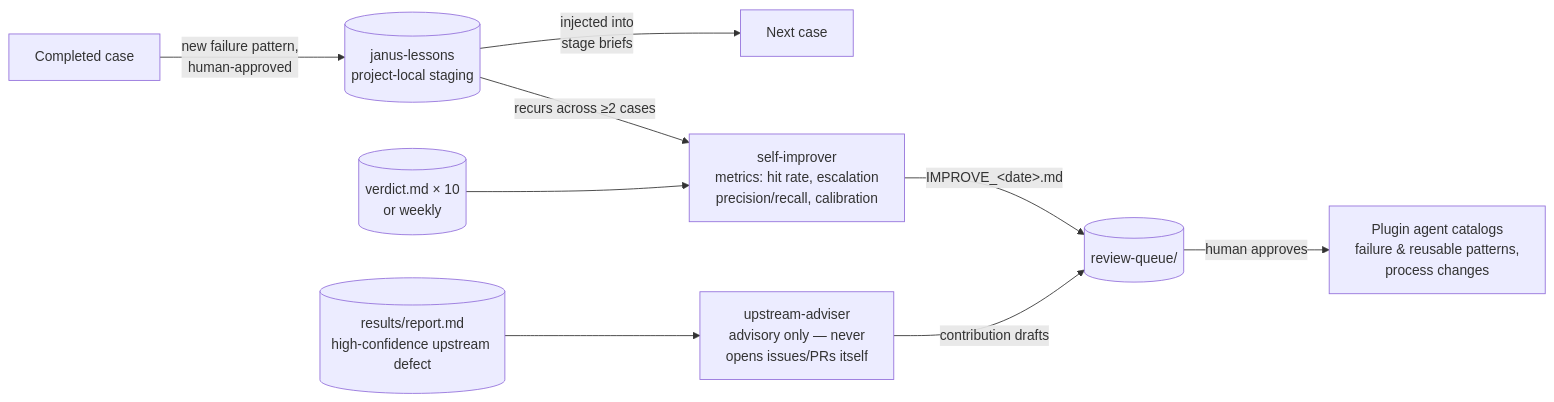
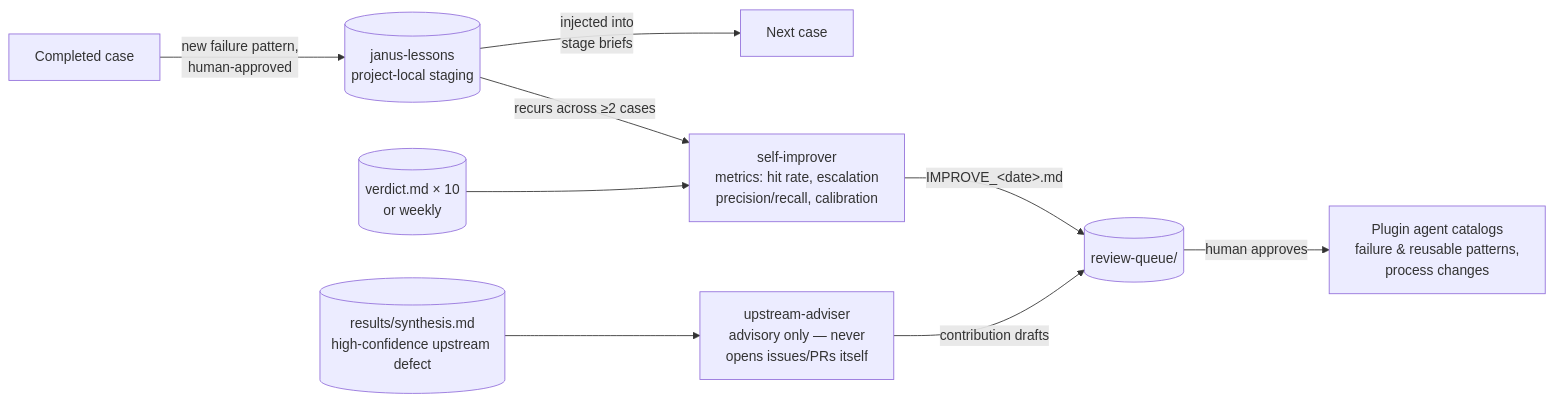
One commit to nogunix/janus changed the second of 2 diagrams in README.md. Above: the diagram before and after it, drawn with Mermaid. The commit also changed other lines of this file and 13 other files, not shown here.

First line of the commit message:
synthesize: rename report.md → synthesis.md to avoid subagent Write block (0.26.1)

````diff
--- a/README.md
+++ b/README.md
@@ -151,13 +151,13 @@
 ```mermaid
 flowchart LR
     case["Completed case"] -->|"new failure pattern,<br/>human-approved"| lessons
     lessons[("janus-lessons<br/>project-local staging")] -->|"injected into<br/>stage briefs"| next["Next case"]
 
     verdicts[("verdict.md × 10<br/>or weekly")] --> si["self-improver<br/>metrics: hit rate, escalation<br/>precision/recall, calibration"]
     lessons -->|"recurs across ≥2 cases"| si
-    report[("results/report.md<br/>high-confidence upstream defect")] --> ua["upstream-adviser<br/>advisory only — never<br/>opens issues/PRs itself"]
+    report[("results/synthesis.md<br/>high-confidence upstream defect")] --> ua["upstream-adviser<br/>advisory only — never<br/>opens issues/PRs itself"]
 
     si -->|"IMPROVE_&lt;date&gt;.md"| rq[("review-queue/")]
     ua -->|"contribution drafts"| rq
     rq -->|"human approves"| plugin["Plugin agent catalogs<br/>failure & reusable patterns,<br/>process changes"]
 ```
````
